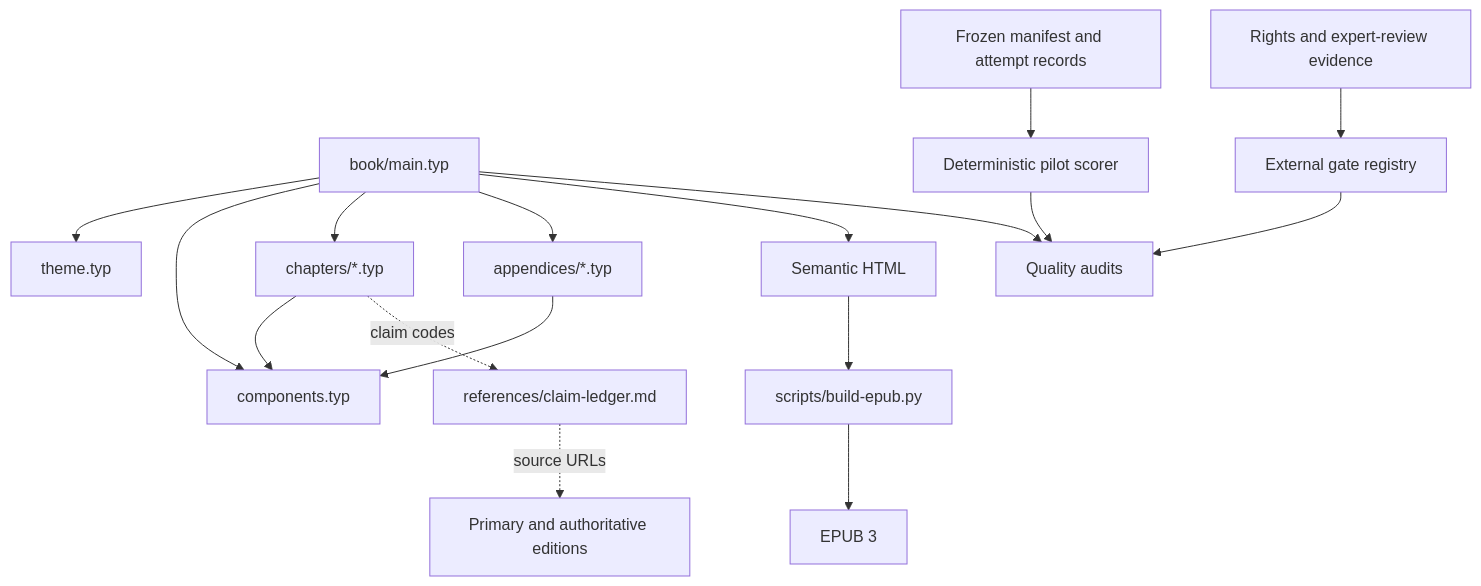
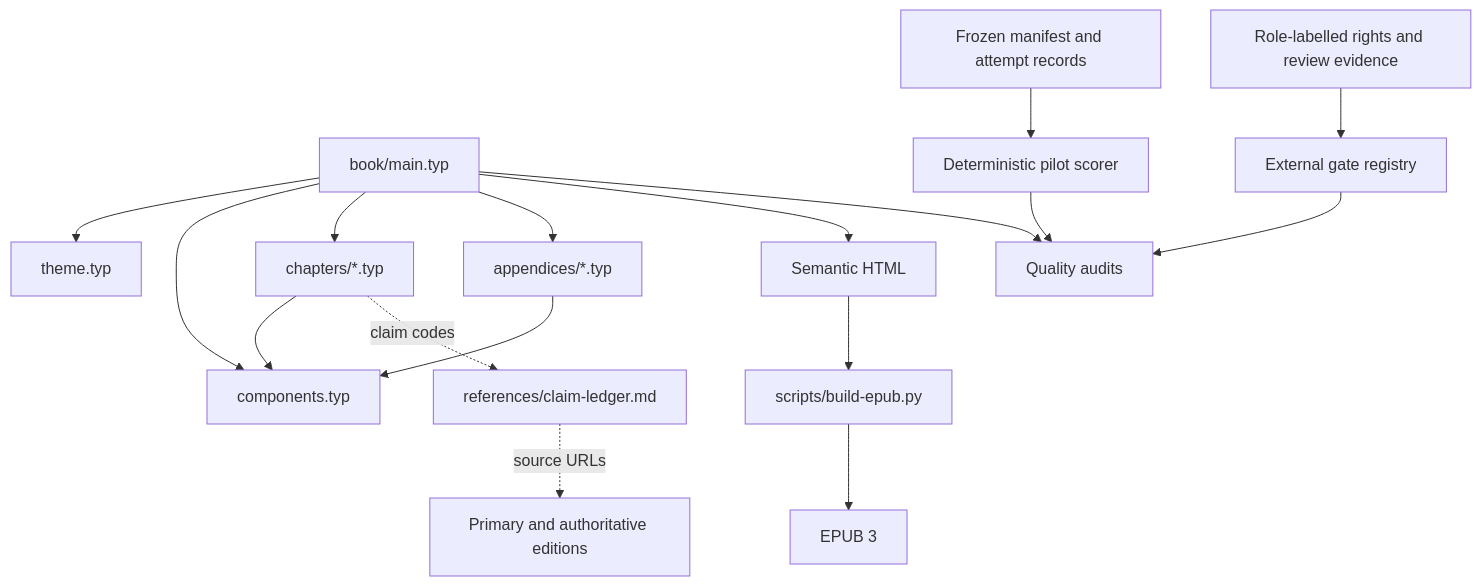
Before and after one commit to streamentry/streamentry: the second of 5 diagrams in AGENTS.md, drawn with Mermaid. The commit also changed other lines of this file and 32 other files, not shown here.

````diff
--- a/AGENTS.md
+++ b/AGENTS.md
@@ -84,19 +85,19 @@
 ```mermaid
 flowchart TB
   M["book/main.typ"] --> T["theme.typ"]
   M --> C["components.typ"]
   M --> H["chapters/*.typ"]
   M --> A["appendices/*.typ"]
   M --> E["Semantic HTML"]
   E --> P["scripts/build-epub.py"]
   P --> U["EPUB 3"]
   M --> Q["Quality audits"]
   N["Frozen manifest and attempt records"] --> G["Deterministic pilot scorer"]
   G --> Q
   X["External gate registry"] --> Q
-  R["Rights and expert-review evidence"] --> X
+  R["Role-labelled rights and review evidence"] --> X
   H --> C
   A --> C
   H -. "claim codes" .-> L["references/claim-ledger.md"]
   L -. "source URLs" .-> S["Primary and authoritative editions"]
 ```
````
